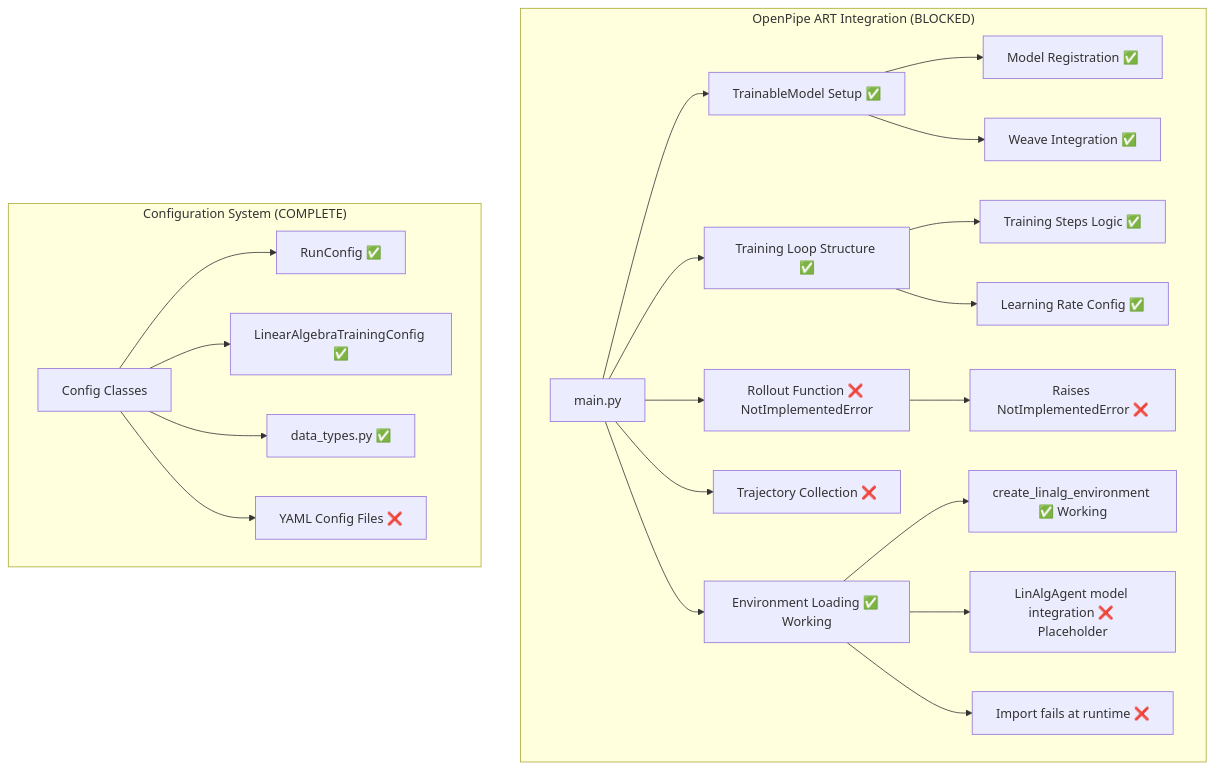
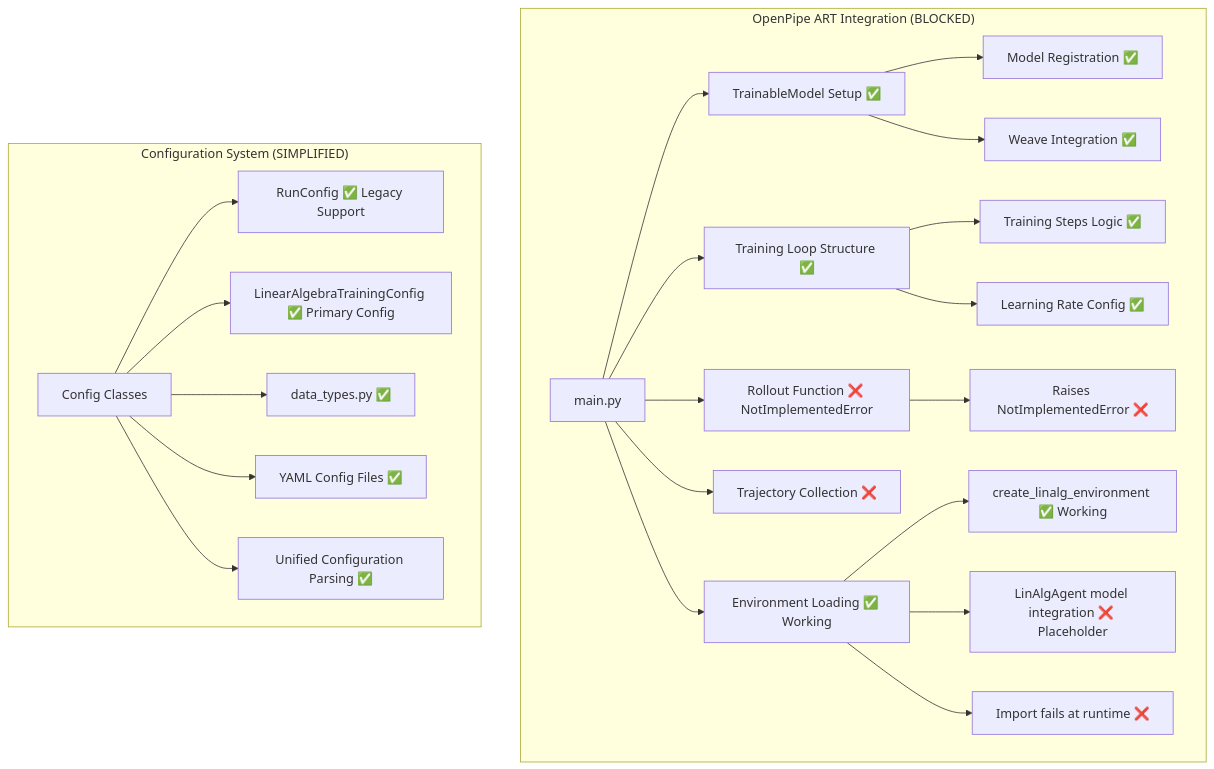
The sixth of 8 diagrams in docs/environment_architecture.md (atomwalk12/linalg-zero), drawn with Mermaid before and after one commit. The commit also changed other lines of this file and 5 other files, not shown here.

````diff
--- a/docs/environment_architecture.md
+++ b/docs/environment_architecture.md
@@ -786,27 +1005,28 @@
 ```mermaid
 flowchart TD
     subgraph "OpenPipe ART Integration (BLOCKED)"
         H[main.py] --> H1[TrainableModel Setup ✅]
         H --> H2[Training Loop Structure ✅]
         H --> H3[Rollout Function ❌ NotImplementedError]
         H --> H4[Trajectory Collection ❌]
         H --> H9[Environment Loading ✅ Working]
 
         H1 --> H5[Model Registration ✅]
         H1 --> H6[Weave Integration ✅]
         H2 --> H7[Training Steps Logic ✅]
         H2 --> H8[Learning Rate Config ✅]
         H9 --> H10[create_linalg_environment ✅ Working]
         H9 --> H11[LinAlgAgent model integration ❌ Placeholder]
 
         H3 --> H12[Raises NotImplementedError ❌]
         H9 --> H13[Import fails at runtime ❌]
     end
 
-    subgraph "Configuration System (COMPLETE)"
-        I[Config Classes] --> I1[RunConfig ✅]
-        I --> I2[LinearAlgebraTrainingConfig ✅]
+    subgraph "Configuration System (SIMPLIFIED)"
+        I[Config Classes] --> I1[RunConfig ✅ Legacy Support]
+        I --> I2[LinearAlgebraTrainingConfig ✅ Primary Config]
         I --> I3[data_types.py ✅]
-        I --> I4[YAML Config Files ❌]
+        I --> I4[YAML Config Files ✅]
+        I --> I5[Unified Configuration Parsing ✅]
     end
 ```
````
